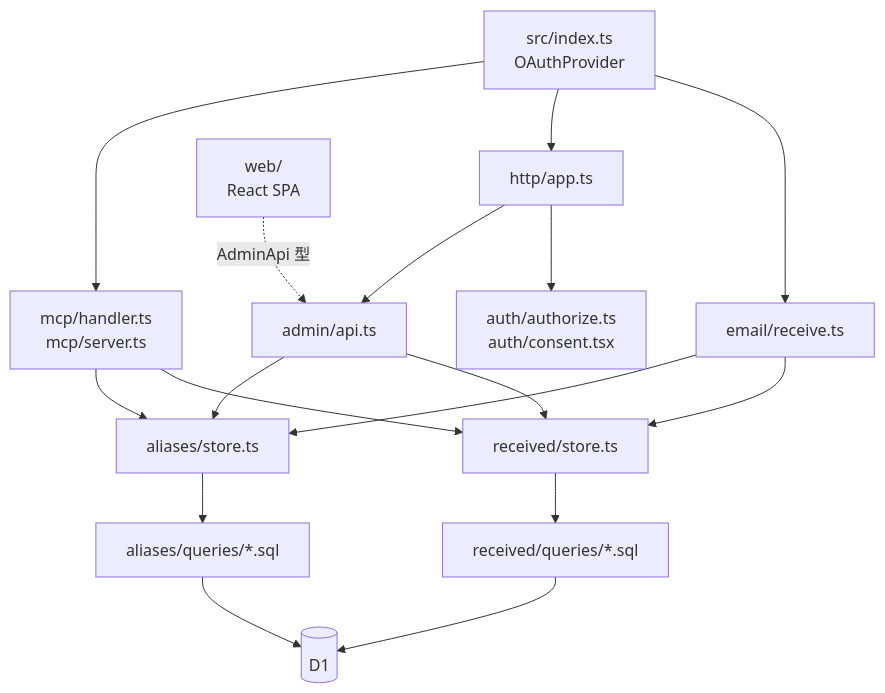
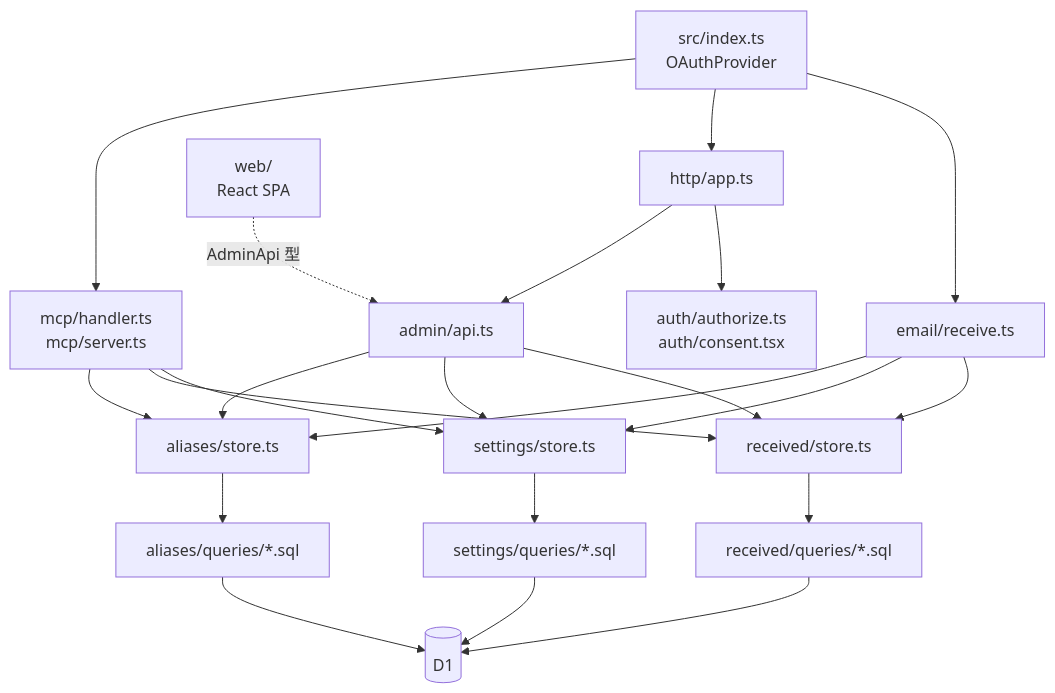
The diagram in AGENTS.md (trpfrog/email-aliases), drawn with Mermaid before and after one commit. The commit also changed other lines of this file and 32 other files, not shown here.

````diff
--- a/AGENTS.md
+++ b/AGENTS.md
@@ -19,19 +19,24 @@
 ```mermaid
 flowchart TD
   index[src/index.ts<br/>OAuthProvider] --> mcp[mcp/handler.ts<br/>mcp/server.ts]
   index --> app[http/app.ts]
   index --> email[email/receive.ts]
   app --> admin[admin/api.ts]
   app --> auth[auth/authorize.ts<br/>auth/consent.tsx]
   web[web/<br/>React SPA] -. AdminApi 型 .-> admin
   mcp --> store[aliases/store.ts]
   admin --> store
   email --> store
   mcp --> received[received/store.ts]
+  mcp --> settings[settings/store.ts]
+  admin --> settings
+  email --> settings
+  settings --> ssql[settings/queries/*.sql]
+  ssql --> D1
   admin --> received
   email --> received
   store --> sql[aliases/queries/*.sql]
   received --> rsql[received/queries/*.sql]
   sql --> D1[(D1)]
   rsql --> D1
 ```
````
